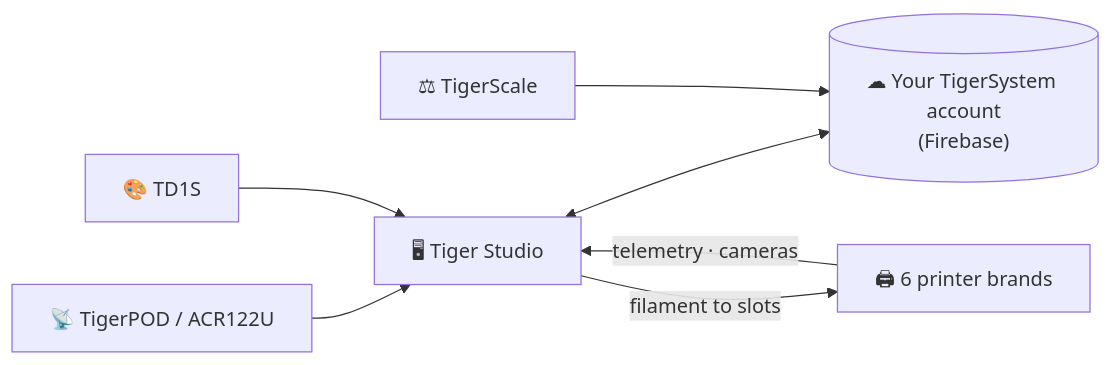
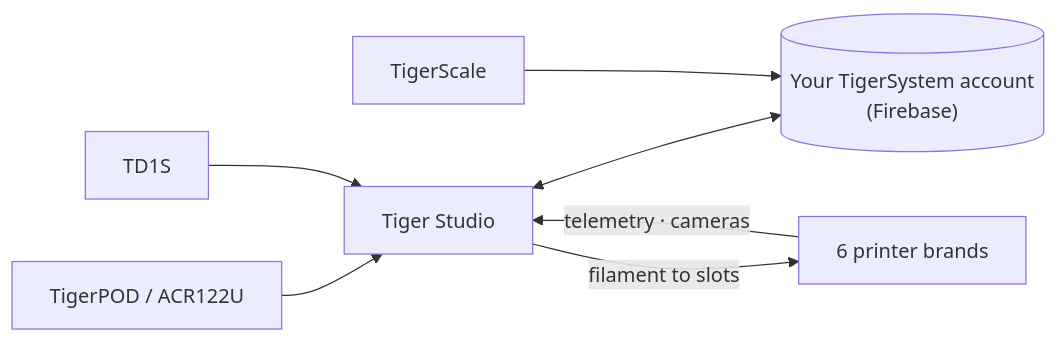
The diagram in docs/products/tiger-studio.md (TigerTag-Project/TigerSystem-Docs), drawn with Mermaid before and after one commit. The commit also changed other lines of this file and 56 other files, not shown here.

````diff
--- a/docs/products/tiger-studio.md
+++ b/docs/products/tiger-studio.md
@@ -16,9 +16,9 @@
 ```mermaid
 flowchart LR
-    RD["📡 TigerPOD / ACR122U"] --> ST["🖥 Tiger Studio"]
-    TD["🎨 TD1S"] --> ST
-    ST <--> CLOUD[("☁ Your TigerSystem account<br/>(Firebase)")]
-    SCALE["⚖ TigerScale"] --> CLOUD
-    ST -- "filament to slots" --> PRN["🖨 6 printer brands"]
-    PRN -- "telemetry · cameras" --> ST
+  RD["TigerPOD / ACR122U"] --> ST["Tiger Studio"]
+  TD["TD1S"] --> ST
+  ST <--> CLOUD[("Your TigerSystem account<br/>(Firebase)")]
+  SCALE["TigerScale"] --> CLOUD
+  ST -- "filament to slots" --> PRN["6 printer brands"]
+  PRN -- "telemetry · cameras" --> ST
 ```
````
